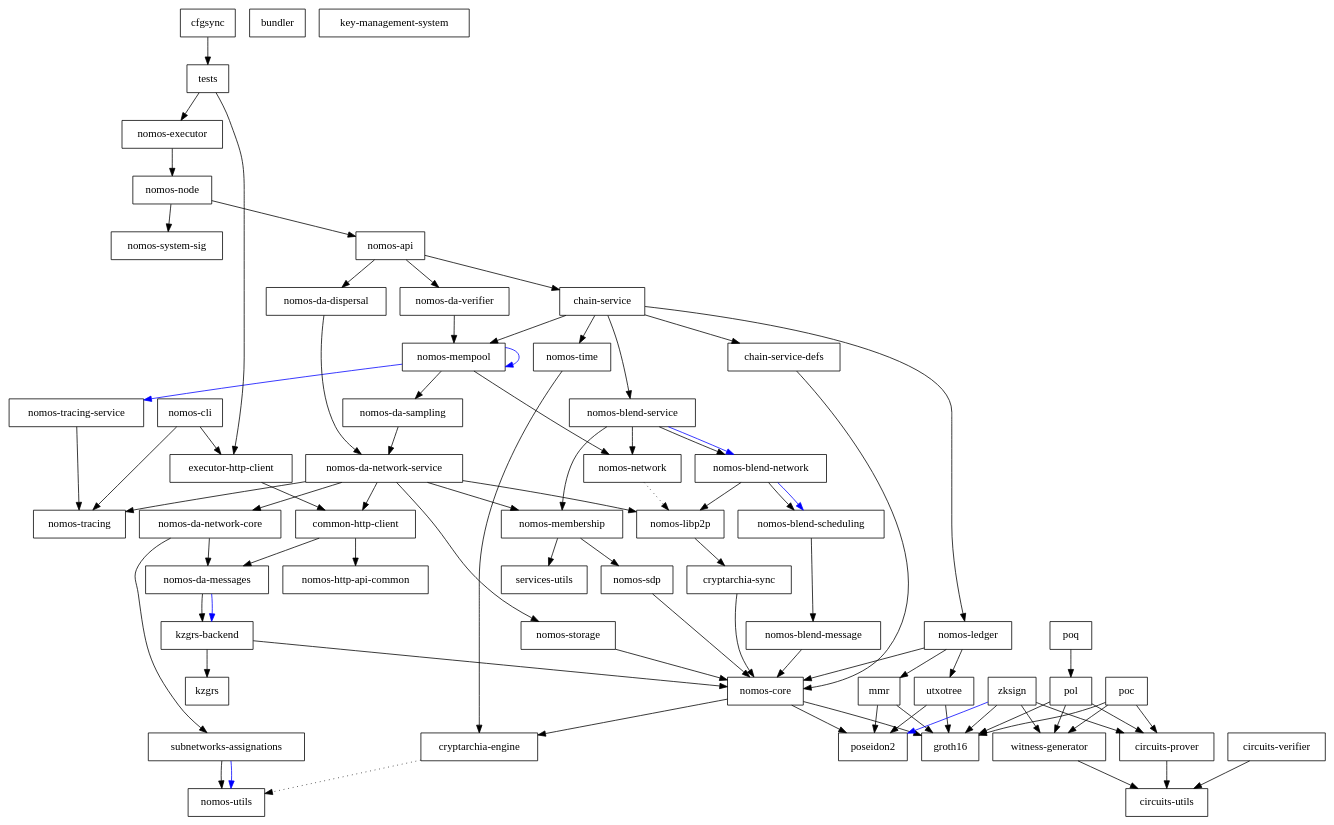
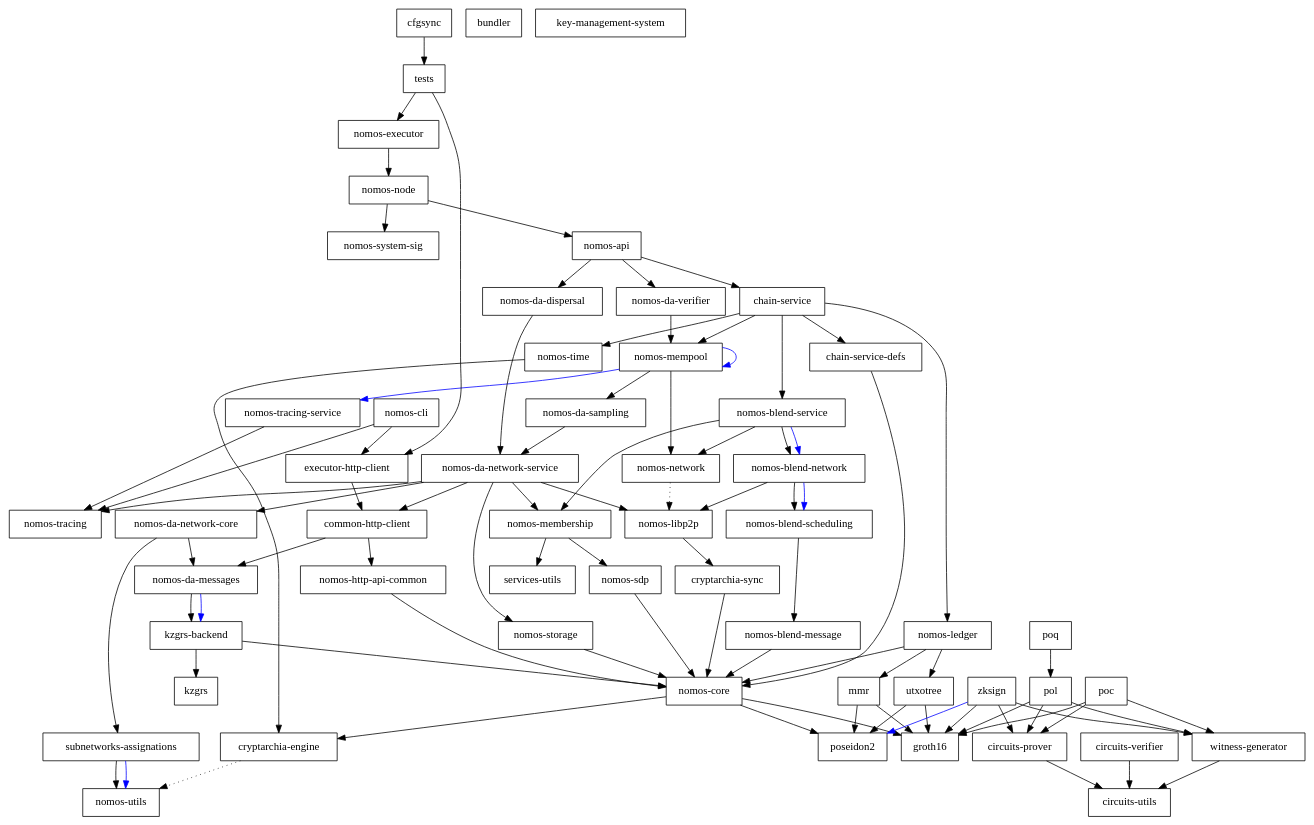
Before and after one commit to Astro521/logos-blockchain: the diagram in dependencies_graph.dot, drawn with Graphviz. The commit also changed 15 other files, not shown here.

```diff
--- a/dependencies_graph.dot
+++ b/dependencies_graph.dot
@@ -1,140 +1,141 @@
 digraph {
     0 [ label = "cryptarchia-engine" shape = box]
     1 [ label = "nomos-utils" shape = box]
     2 [ label = "cryptarchia-sync" shape = box]
     3 [ label = "nomos-core" shape = box]
     4 [ label = "groth16" shape = box]
     5 [ label = "poseidon2" shape = box]
     6 [ label = "nomos-ledger" shape = box]
     7 [ label = "mmr" shape = box]
     8 [ label = "utxotree" shape = box]
     9 [ label = "nomos-http-api-common" shape = box]
     10 [ label = "nomos-executor" shape = box]
     11 [ label = "kzgrs-backend" shape = box]
     12 [ label = "kzgrs" shape = box]
     13 [ label = "nomos-api" shape = box]
     14 [ label = "chain-service" shape = box]
     15 [ label = "chain-service-defs" shape = box]
     16 [ label = "nomos-blend-service" shape = box]
     17 [ label = "nomos-blend-message" shape = box]
     18 [ label = "nomos-blend-network" shape = box]
     19 [ label = "nomos-blend-scheduling" shape = box]
     20 [ label = "nomos-libp2p" shape = box]
     21 [ label = "nomos-membership" shape = box]
     22 [ label = "nomos-sdp" shape = box]
     23 [ label = "services-utils" shape = box]
     24 [ label = "nomos-network" shape = box]
     25 [ label = "nomos-da-sampling" shape = box]
     26 [ label = "nomos-da-network-core" shape = box]
     27 [ label = "nomos-da-messages" shape = box]
     28 [ label = "subnetworks-assignations" shape = box]
     29 [ label = "nomos-da-network-service" shape = box]
     30 [ label = "common-http-client" shape = box]
     31 [ label = "nomos-storage" shape = box]
     32 [ label = "nomos-tracing" shape = box]
     33 [ label = "nomos-mempool" shape = box]
     34 [ label = "nomos-tracing-service" shape = box]
     35 [ label = "nomos-time" shape = box]
     36 [ label = "nomos-da-dispersal" shape = box]
     37 [ label = "nomos-da-verifier" shape = box]
     38 [ label = "nomos-node" shape = box]
     39 [ label = "nomos-system-sig" shape = box]
     40 [ label = "executor-http-client" shape = box]
     41 [ label = "bundler" shape = box]
     42 [ label = "nomos-cli" shape = box]
     43 [ label = "key-management-system" shape = box]
     44 [ label = "cfgsync" shape = box]
     45 [ label = "tests" shape = box]
     46 [ label = "circuits-prover" shape = box]
     47 [ label = "circuits-utils" shape = box]
     48 [ label = "circuits-verifier" shape = box]
     49 [ label = "witness-generator" shape = box]
     50 [ label = "poc" shape = box]
     51 [ label = "pol" shape = box]
     52 [ label = "poq" shape = box]
     53 [ label = "zksign" shape = box]
     0 -> 1 [ style = dotted]
     2 -> 3 [ ]
     3 -> 0 [ ]
     3 -> 4 [ ]
     3 -> 5 [ ]
     6 -> 7 [ ]
     6 -> 3 [ ]
     6 -> 8 [ ]
     7 -> 4 [ ]
     7 -> 5 [ ]
     8 -> 4 [ ]
     8 -> 5 [ ]
+    9 -> 3 [ ]
     10 -> 38 [ ]
     11 -> 12 [ ]
     11 -> 3 [ ]
     13 -> 14 [ ]
     13 -> 36 [ ]
     13 -> 37 [ ]
     14 -> 15 [ ]
     14 -> 16 [ ]
     14 -> 6 [ ]
     14 -> 33 [ ]
     14 -> 35 [ ]
     15 -> 3 [ ]
     16 -> 18 [ ]
     16 -> 18 [ color = blue]
     16 -> 21 [ ]
     16 -> 24 [ ]
     17 -> 3 [ ]
     18 -> 19 [ ]
     18 -> 19 [ color = blue]
     18 -> 20 [ ]
     19 -> 17 [ ]
     20 -> 2 [ ]
     21 -> 22 [ ]
     21 -> 23 [ ]
     22 -> 3 [ ]
     24 -> 20 [ style = dotted]
     25 -> 29 [ ]
     26 -> 27 [ ]
     26 -> 28 [ ]
     27 -> 11 [ ]
     27 -> 11 [ color = blue]
     28 -> 1 [ ]
     28 -> 1 [ color = blue]
     29 -> 30 [ ]
     29 -> 26 [ ]
     29 -> 20 [ ]
     29 -> 21 [ ]
     29 -> 31 [ ]
     29 -> 32 [ ]
     30 -> 27 [ ]
     30 -> 9 [ ]
     31 -> 3 [ ]
     33 -> 25 [ ]
     33 -> 33 [ color = blue]
     33 -> 24 [ ]
     33 -> 34 [ color = blue]
     34 -> 32 [ ]
     35 -> 0 [ ]
     36 -> 29 [ ]
     37 -> 33 [ ]
     38 -> 13 [ ]
     38 -> 39 [ ]
     40 -> 30 [ ]
     42 -> 40 [ ]
     42 -> 32 [ ]
     44 -> 45 [ ]
     45 -> 40 [ ]
     45 -> 10 [ ]
     46 -> 47 [ ]
     48 -> 47 [ ]
     49 -> 47 [ ]
     50 -> 46 [ ]
     50 -> 4 [ ]
     50 -> 49 [ ]
     51 -> 46 [ ]
     51 -> 4 [ ]
     51 -> 49 [ ]
     52 -> 51 [ ]
     53 -> 46 [ ]
     53 -> 4 [ ]
     53 -> 5 [ color = blue]
     53 -> 49 [ ]
 }
```
